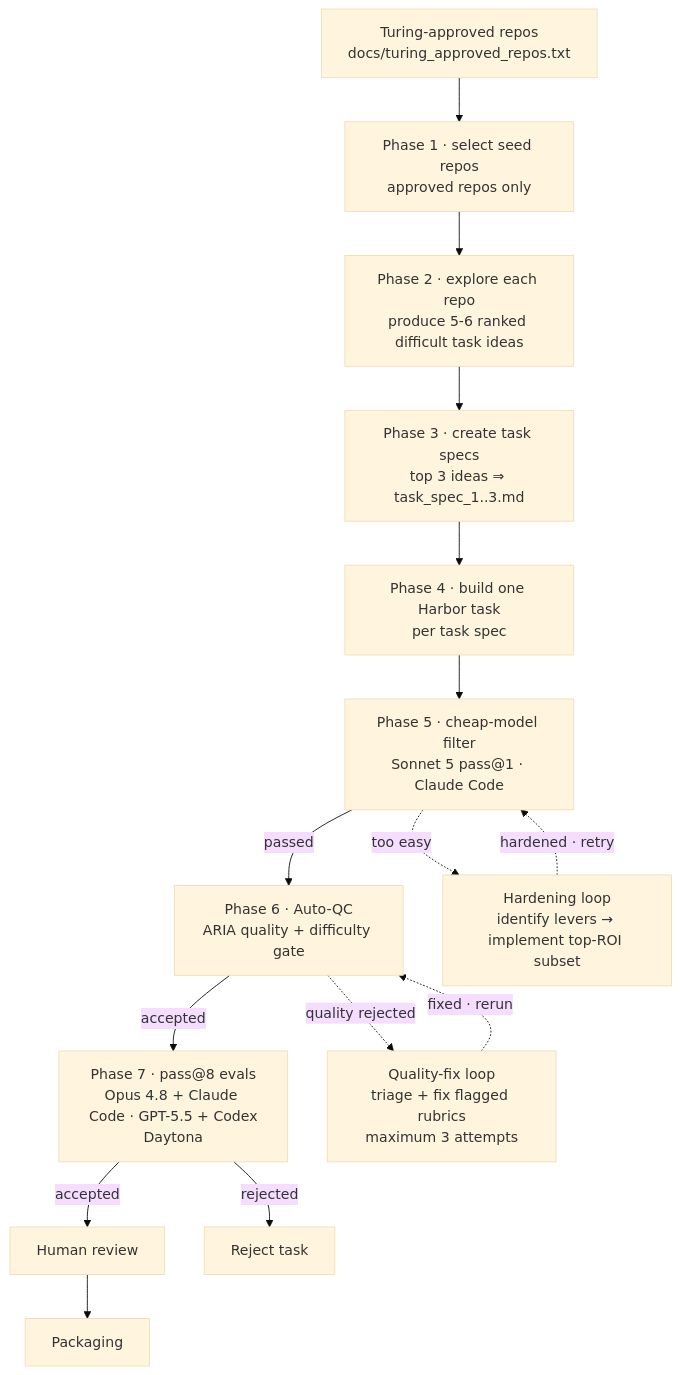
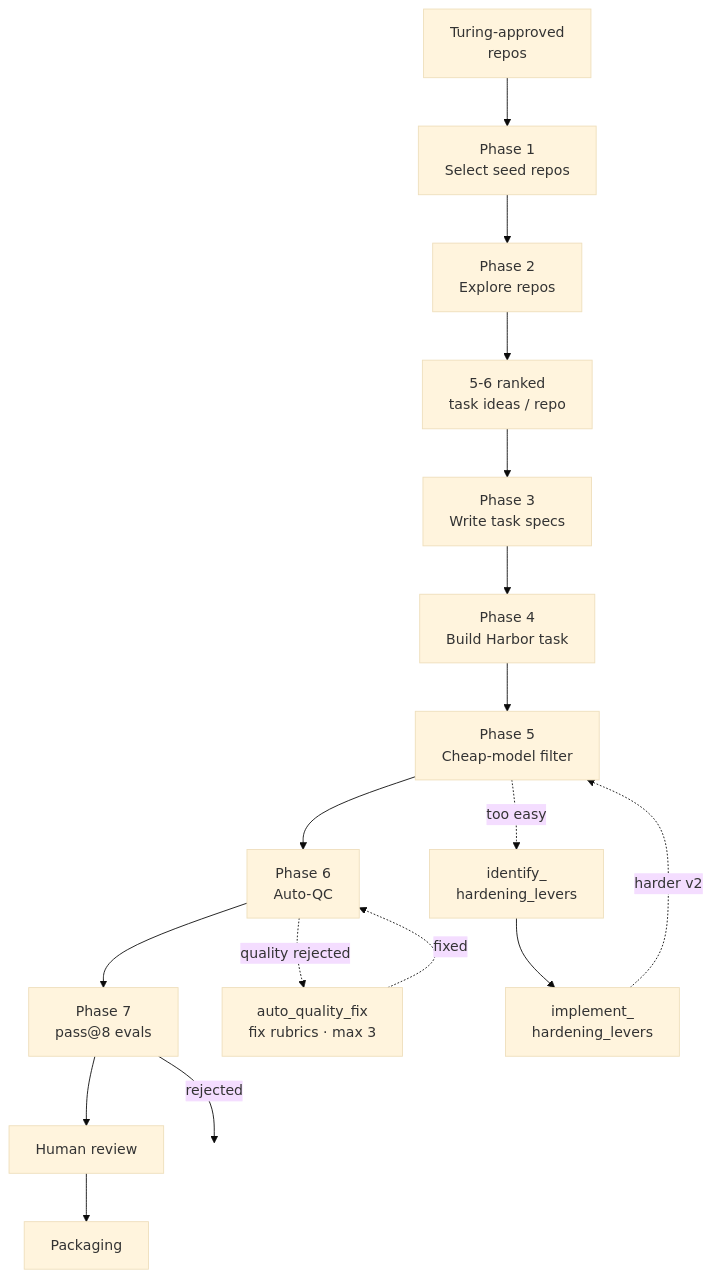
One commit to vivekp-turing/dataset_task_creation changed the diagram in README.md. Above: the diagram before and after it, drawn with Mermaid (base theme).

Commit message:
some changes

````diff
--- a/README.md
+++ b/README.md
@@ -79,29 +79,31 @@
 ```mermaid
-%%{init: {"flowchart": {"curve": "basis", "nodeSpacing": 45, "rankSpacing": 50}}}%%
+%%{init: {"flowchart": {"curve": "basis", "nodeSpacing": 50, "rankSpacing": 55}}}%%
 flowchart TB
-    A[Turing-approved repos<br/>docs/turing_approved_repos.txt]
-    P1[Phase 1 · select seed repos<br/>approved repos only]
-    P2[Phase 2 · explore each repo<br/>produce 5-6 ranked difficult task ideas]
-    P3[Phase 3 · create task specs<br/>top 3 ideas ⇒ task_spec_1..3.md]
-    P4[Phase 4 · build one Harbor task<br/>per task spec]
-    P5[Phase 5 · cheap-model filter<br/>Sonnet 5 pass@1 · Claude Code]
-    P6[Phase 6 · Auto-QC<br/>ARIA quality + difficulty gate]
-    P7[Phase 7 · pass@8 evals<br/>Opus 4.8 + Claude Code · GPT-5.5 + Codex<br/>Daytona]
+    A[Turing-approved<br/>repos]
+    P1[Phase 1<br/>Select seed repos]
+    P2[Phase 2<br/>Explore repos]
+    D[5-6 ranked<br/>task ideas / repo]
+    P3[Phase 3<br/>Write task specs]
+    P4[Phase 4<br/>Build Harbor task]
+    P5[Phase 5<br/>Cheap-model filter]
+    P6[Phase 6<br/>Auto-QC]
+    P7[Phase 7<br/>pass@8 evals]
     HR[Human review]
     PK[Packaging]
-    RJ[Reject task]
-    HD[Hardening loop<br/>identify levers → implement top-ROI subset]
-    QF[Quality-fix loop<br/>triage + fix flagged rubrics<br/>maximum 3 attempts]
+    QF[auto_quality_fix<br/>fix rubrics · max 3]
+    IH[identify_<br/>hardening_levers]
+    MH[implement_<br/>hardening_levers]
+    RJ(( )):::hidden
 
-    A --> P1 --> P2 --> P3 --> P4 --> P5
-    P5 -->|passed| P6
-    P6 -->|accepted| P7
-    P7 -->|accepted| HR --> PK
+    A --> P1 --> P2 --> D --> P3 --> P4 --> P5 --> P6 --> P7 --> HR --> PK
+
+    QF -.->|fixed| P6
+    P6 -.->|quality rejected| QF
+
+    P5 -.->|too easy| IH --> MH
+    MH -.->|harder v2| P5
+
     P7 -->|rejected| RJ
 
-    P5 -.->|too easy| HD
-    HD -.->|hardened · retry| P5
-
-    P6 -.->|quality rejected| QF
-    QF -.->|fixed · rerun| P6
+    classDef hidden fill:transparent,stroke:transparent,color:transparent;
 ```
````
